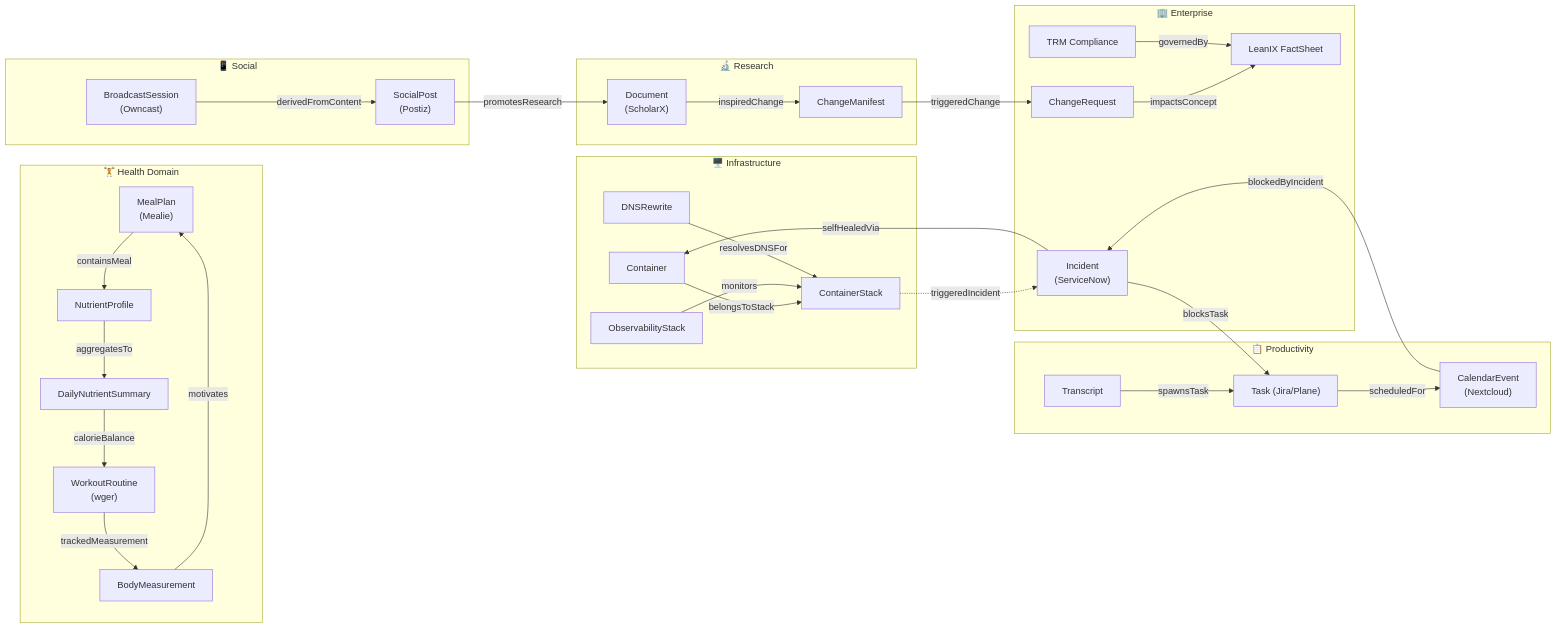
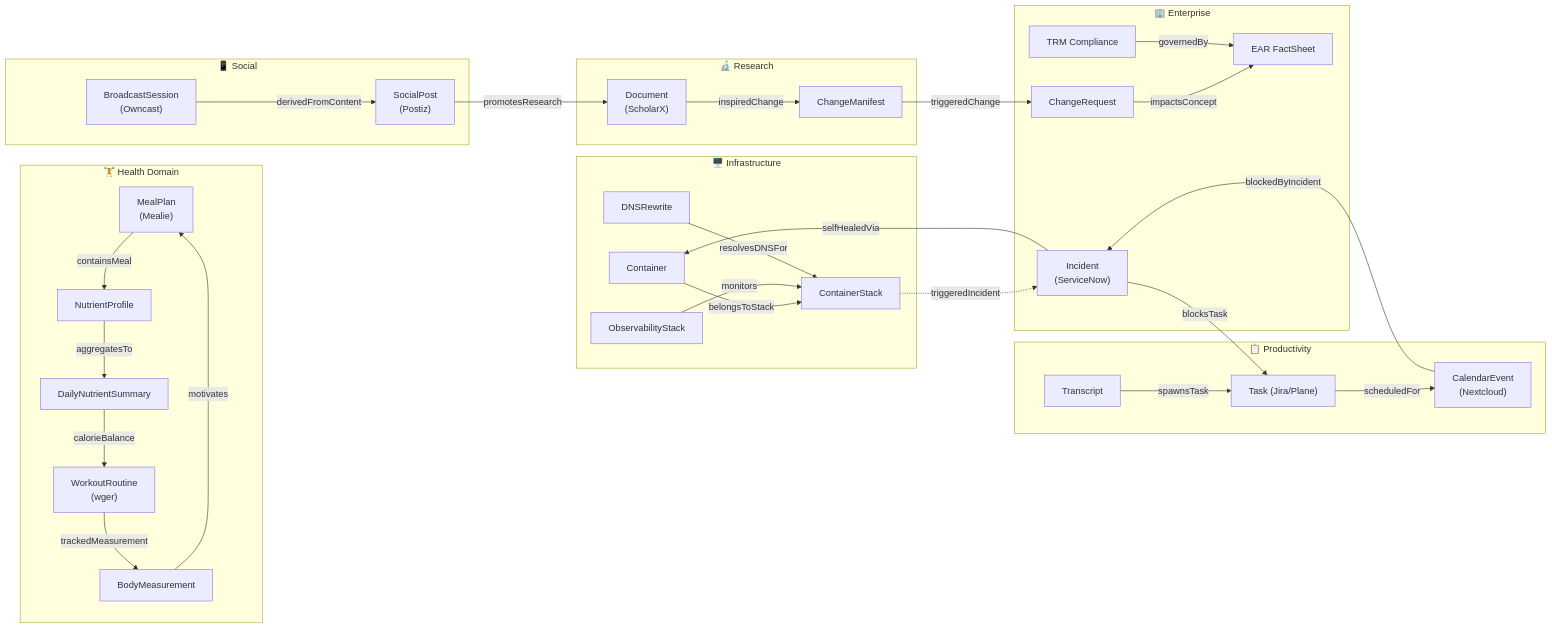
One commit to Knuckles-Team/agent-utilities changed the diagram in docs/workflow-kg-synergy.md. Above: the diagram before and after it, drawn with Mermaid. The commit also changed other lines of this file and 556 other files, not shown here.

````diff
--- a/docs/workflow-kg-synergy.md
+++ b/docs/workflow-kg-synergy.md
@@ -37,72 +37,72 @@
 ```mermaid
 graph LR
     subgraph Health["🏋️ Health Domain"]
         MealPlan["MealPlan<br/>(Mealie)"]
         Routine["WorkoutRoutine<br/>(wger)"]
         Body["BodyMeasurement"]
         Nutrient["NutrientProfile"]
         DailySummary["DailyNutrientSummary"]
     end
 
     subgraph Infra["🖥️ Infrastructure"]
         Container["Container"]
         Stack["ContainerStack"]
         Monitor["ObservabilityStack"]
         DNS["DNSRewrite"]
     end
 
     subgraph Enterprise["🏢 Enterprise"]
         Incident["Incident<br/>(ServiceNow)"]
         Change["ChangeRequest"]
         TRM["TRM Compliance"]
-        FactSheet["LeanIX FactSheet"]
+        FactSheet["EAR FactSheet"]
     end
 
     subgraph Productivity["📋 Productivity"]
         Task["Task (Jira/Plane)"]
         Calendar["CalendarEvent<br/>(Nextcloud)"]
         Transcript["Transcript"]
     end
 
     subgraph Social["📱 Social"]
         Post["SocialPost<br/>(Postiz)"]
         Stream["BroadcastSession<br/>(Owncast)"]
     end
 
     subgraph Research["🔬 Research"]
         Paper["Document<br/>(ScholarX)"]
         SDD["ChangeManifest"]
     end
 
     %% Health domain internal
     MealPlan -->|containsMeal| Nutrient
     Nutrient -->|aggregatesTo| DailySummary
     DailySummary -->|calorieBalance| Routine
     Body -->|motivates| MealPlan
     Routine -->|trackedMeasurement| Body
 
     %% Infrastructure
     Container -->|belongsToStack| Stack
     Monitor -->|monitors| Stack
     Stack -.->|triggeredIncident| Incident
     DNS -->|resolvesDNSFor| Stack
 
     %% Enterprise
     Incident -->|blocksTask| Task
     Change -->|impactsConcept| FactSheet
     TRM -->|governedBy| FactSheet
     Incident -->|selfHealedVia| Container
 
     %% Productivity cross-links
     Task -->|scheduledFor| Calendar
     Transcript -->|spawnsTask| Task
     Calendar -->|blockedByIncident| Incident
 
     %% Social cross-links
     Post -->|promotesResearch| Paper
     Stream -->|derivedFromContent| Post
 
     %% Research chain
     Paper -->|inspiredChange| SDD
     SDD -->|triggeredChange| Change
 ```
````
